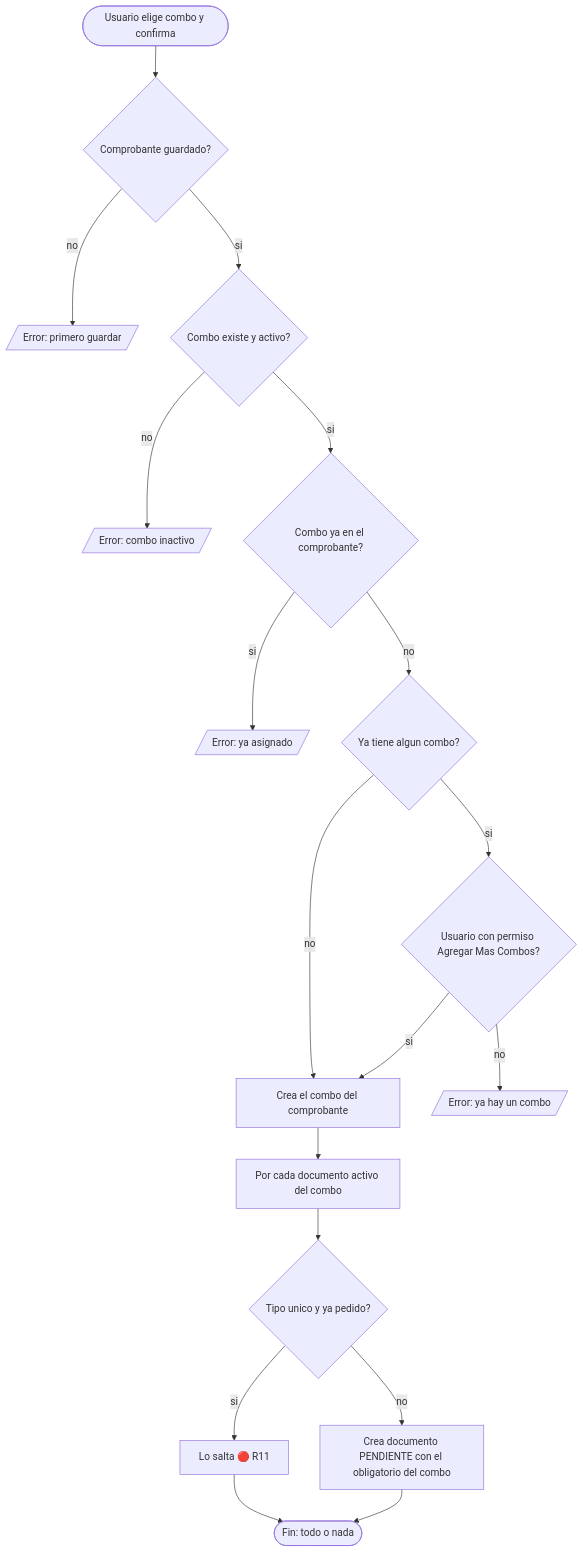
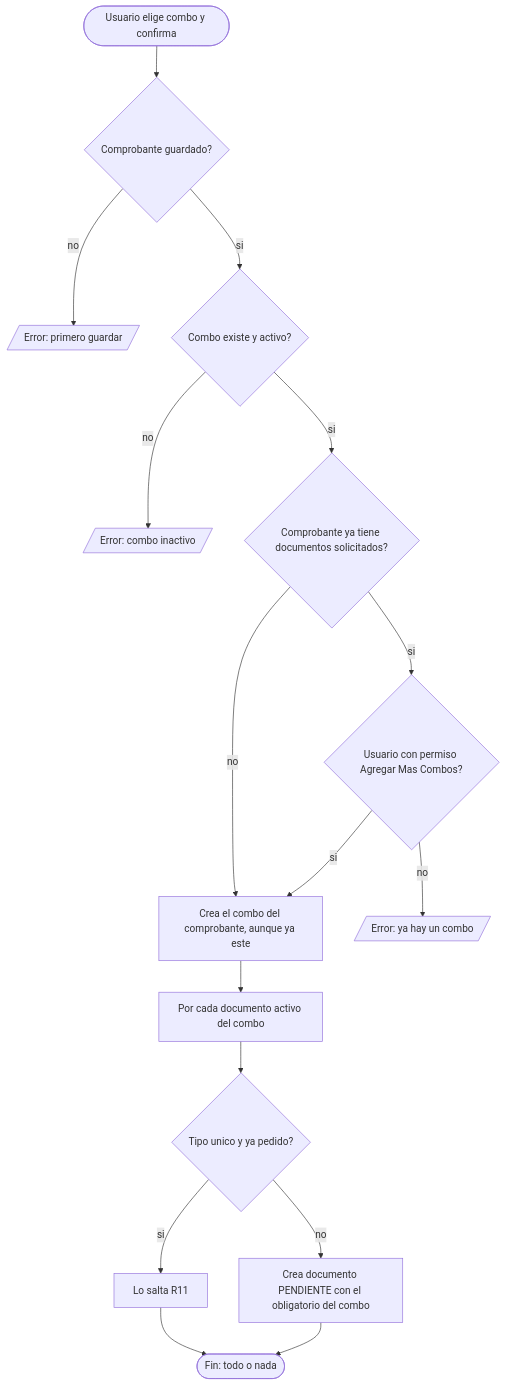
The first of 3 diagrams in contabilidad/expediente-virtual-carga/IMPLEMENTACION.md (jhonomar26/GUIA-MD), drawn with Mermaid before and after one commit. The commit also changed other lines of this file and 27 other files, not shown here.

Commit message:
docs(contabilidad): alinea notas de documentos con el codigo y marca historia

````diff
--- a/contabilidad/expediente-virtual-carga/IMPLEMENTACION.md
+++ b/contabilidad/expediente-virtual-carga/IMPLEMENTACION.md
@@ -10,20 +13,18 @@
 ```mermaid
 flowchart TD
     A([Usuario elige combo y confirma]) --> B{Comprobante guardado?}
     B -- no --> X1[/Error: primero guardar/]
     B -- si --> C{Combo existe y activo?}
     C -- no --> X2[/Error: combo inactivo/]
-    C -- si --> D{Combo ya en el comprobante?}
-    D -- si --> X3[/Error: ya asignado/]
-    D -- no --> E{Ya tiene algun combo?}
-    E -- no --> G
-    E -- si --> F{Usuario con permiso Agregar Mas Combos?}
+    C -- si --> D{Comprobante ya tiene documentos solicitados?}
+    D -- no --> G
+    D -- si --> F{Usuario con permiso Agregar Mas Combos?}
     F -- no --> X4[/Error: ya hay un combo/]
-    F -- si --> G[Crea el combo del comprobante]
+    F -- si --> G[Crea el combo del comprobante, aunque ya este]
     G --> H[Por cada documento activo del combo]
     H --> I{Tipo unico y ya pedido?}
-    I -- si --> J[Lo salta 🔴 R11]
+    I -- si --> J[Lo salta R11]
     I -- no --> K[Crea documento PENDIENTE con el obligatorio del combo]
     J --> L([Fin: todo o nada])
     K --> L
 ```
````
